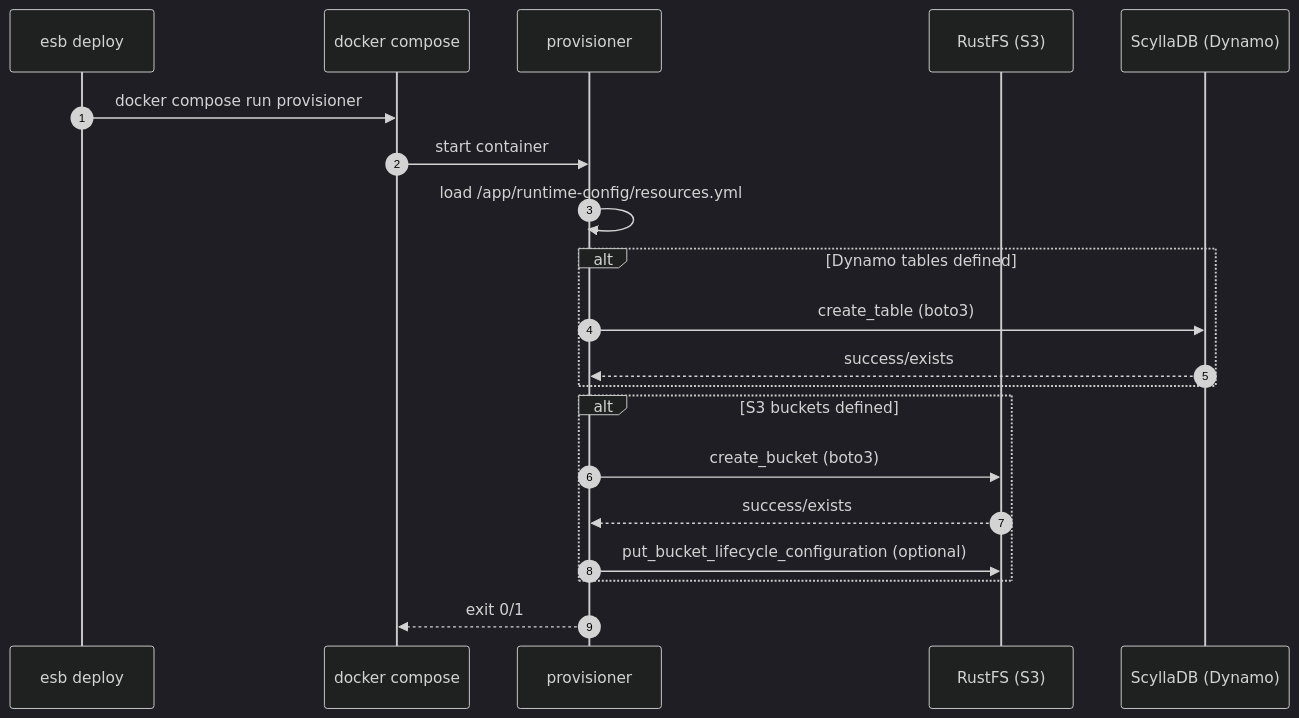
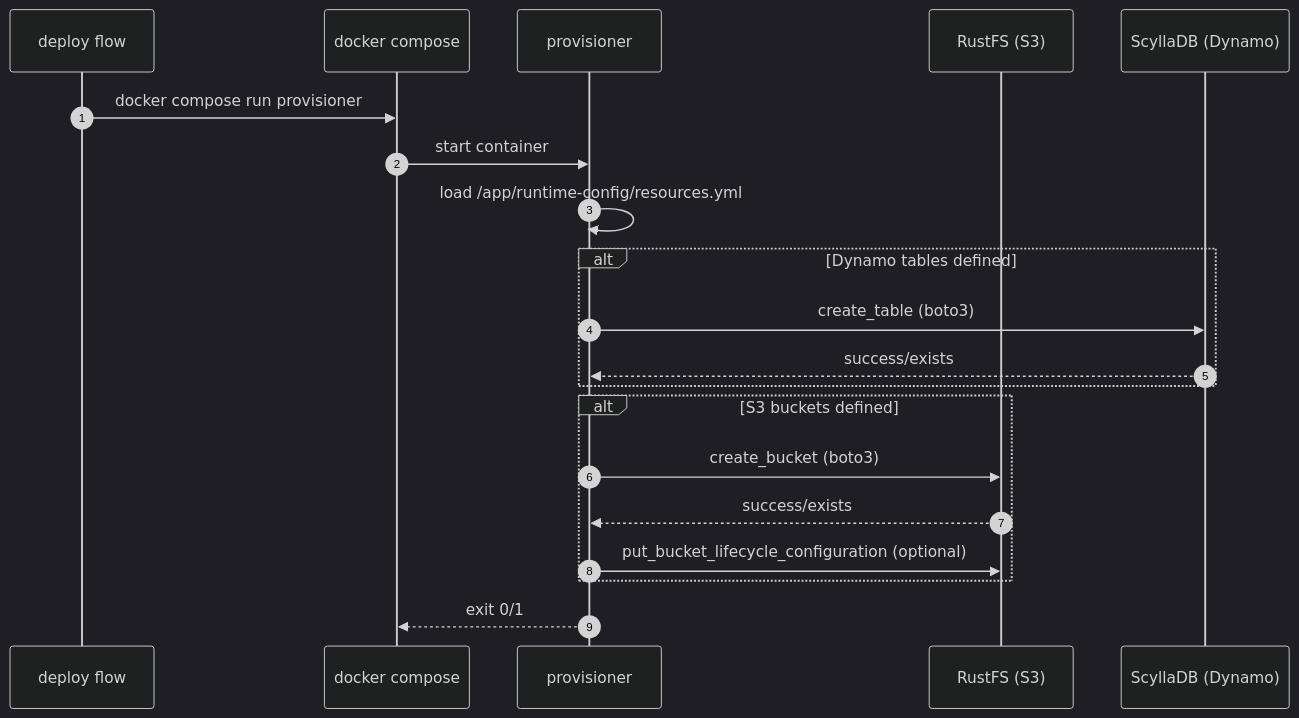
Before and after one commit to poruru-code/esb: the diagram in services/provisioner/docs/architecture.md, drawn with Mermaid (dark theme). The commit also changed 23 other files, not shown here.

Commit message:
docs: remove producer-cli operation guidance from core repo

````diff
--- a/services/provisioner/docs/architecture.md
+++ b/services/provisioner/docs/architecture.md
@@ -14,23 +14,23 @@
 ```mermaid
 sequenceDiagram
     autonumber
-    participant CLI as esb deploy
+    participant Producer as deploy flow
     participant DC as docker compose
     participant PR as provisioner
     participant S3 as RustFS (S3)
     participant DB as ScyllaDB (Dynamo)
 
-    CLI->>DC: docker compose run provisioner
+    Producer->>DC: docker compose run provisioner
     DC->>PR: start container
     PR->>PR: load /app/runtime-config/resources.yml
     alt Dynamo tables defined
         PR->>DB: create_table (boto3)
         DB-->>PR: success/exists
     end
     alt S3 buckets defined
         PR->>S3: create_bucket (boto3)
         S3-->>PR: success/exists
         PR->>S3: put_bucket_lifecycle_configuration (optional)
     end
     PR-->>DC: exit 0/1
 ```
````
